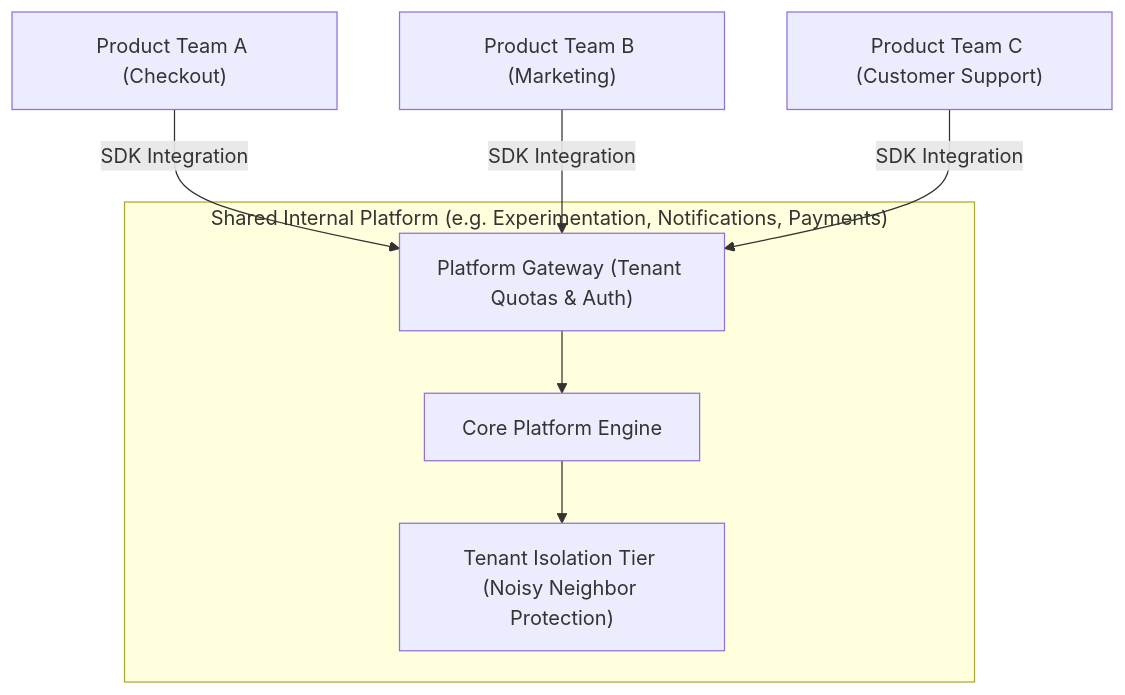
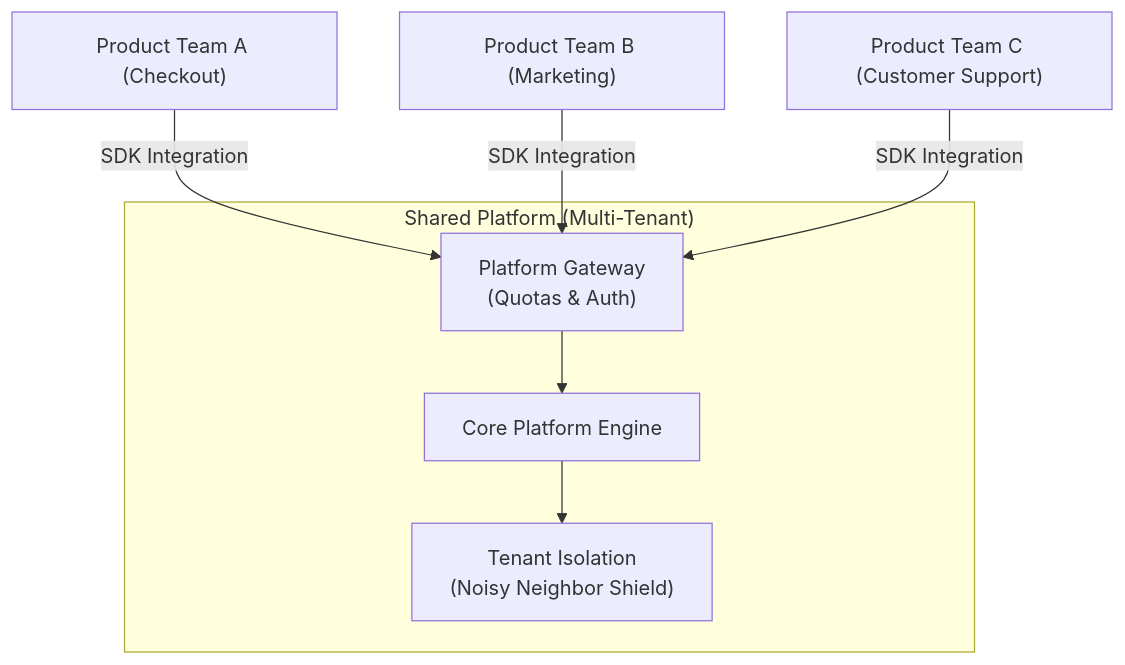
One commit to Sourav108/strivers-lld changed the first of 2 diagrams in strivers-hld/16-Org-Level-Platform-Thinking-and-Communication/README.md. Above: the diagram before and after it, drawn with Mermaid. The commit also changed other lines of this file and 39 other files, not shown here.

Commit message:
fix(mermaid): wrap node labels, simplify diamonds, and reformat wide diagrams for perfect GitHub rendering

````diff
--- a/strivers-hld/16-Org-Level-Platform-Thinking-and-Communication/README.md
+++ b/strivers-hld/16-Org-Level-Platform-Thinking-and-Communication/README.md
@@ -7,12 +7,12 @@
 ```mermaid
 flowchart TD
-    subgraph MultiTenantPlatform["Shared Internal Platform (e.g. Experimentation, Notifications, Payments)"]
-        Gateway["Platform Gateway (Tenant Quotas & Auth)"]
+    subgraph MultiTenantPlatform["Shared Platform (Multi-Tenant)"]
+        Gateway["Platform Gateway<br/>(Quotas & Auth)"]
         Gateway --> Engine["Core Platform Engine"]
-        Engine --> Isolation["Tenant Isolation Tier (Noisy Neighbor Protection)"]
+        Engine --> Isolation["Tenant Isolation<br/>(Noisy Neighbor Shield)"]
     end
 
     TeamA["Product Team A (Checkout)"] -->|SDK Integration| Gateway
     TeamB["Product Team B (Marketing)"] -->|SDK Integration| Gateway
     TeamC["Product Team C (Customer Support)"] -->|SDK Integration| Gateway
 ```
````
